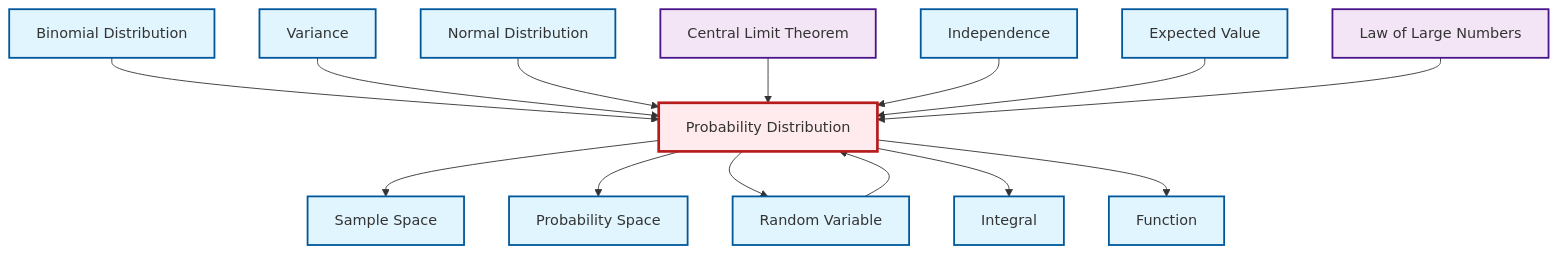
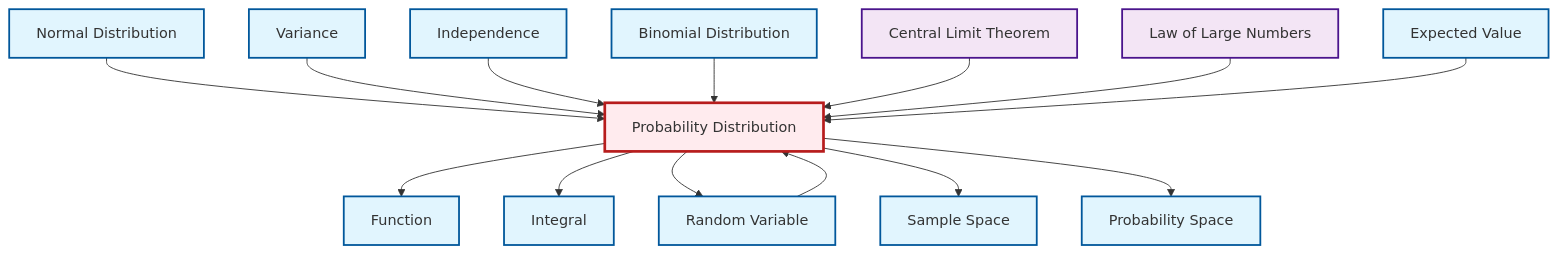
One commit to RK0429/ModernMath changed the diagram in output/mermaid/en/def-probability-distribution.mermaid. Above: the diagram before and after it, drawn with Mermaid. The commit also changed other lines of this file and 1714 other files, not shown here.

```diff
--- a/output/mermaid/en/def-probability-distribution.mermaid
+++ b/output/mermaid/en/def-probability-distribution.mermaid
@@ -1,33 +1,33 @@
 graph TD
     classDef definition fill:#e1f5fe,stroke:#01579b,stroke-width:2px
     classDef theorem fill:#f3e5f5,stroke:#4a148c,stroke-width:2px
     classDef axiom fill:#fff3e0,stroke:#e65100,stroke-width:2px
     classDef example fill:#e8f5e9,stroke:#1b5e20,stroke-width:2px
     classDef current fill:#ffebee,stroke:#b71c1c,stroke-width:3px
+    def-variance["Variance"]:::definition
+    def-integral["Integral"]:::definition
+    thm-central-limit["Central Limit Theorem"]:::theorem
     def-binomial-distribution["Binomial Distribution"]:::definition
-    def-normal-distribution["Normal Distribution"]:::definition
-    def-variance["Variance"]:::definition
-    thm-central-limit["Central Limit Theorem"]:::theorem
-    thm-law-of-large-numbers["Law of Large Numbers"]:::theorem
-    def-expectation["Expected Value"]:::definition
-    def-sample-space["Sample Space"]:::definition
-    def-function["Function"]:::definition
     def-independence["Independence"]:::definition
     def-random-variable["Random Variable"]:::definition
-    def-integral["Integral"]:::definition
+    def-function["Function"]:::definition
+    def-expectation["Expected Value"]:::definition
+    def-probability-space["Probability Space"]:::definition
     def-probability-distribution["Probability Distribution"]:::definition
-    def-probability-space["Probability Space"]:::definition
+    def-normal-distribution["Normal Distribution"]:::definition
+    thm-law-of-large-numbers["Law of Large Numbers"]:::theorem
+    def-sample-space["Sample Space"]:::definition
+    def-probability-distribution --> def-function
+    def-normal-distribution --> def-probability-distribution
+    def-variance --> def-probability-distribution
+    def-independence --> def-probability-distribution
+    def-probability-distribution --> def-integral
+    def-probability-distribution --> def-random-variable
+    def-probability-distribution --> def-sample-space
     def-binomial-distribution --> def-probability-distribution
-    def-probability-distribution --> def-sample-space
+    def-random-variable --> def-probability-distribution
+    thm-central-limit --> def-probability-distribution
+    thm-law-of-large-numbers --> def-probability-distribution
     def-probability-distribution --> def-probability-space
-    def-probability-distribution --> def-random-variable
-    def-variance --> def-probability-distribution
-    def-probability-distribution --> def-integral
-    def-normal-distribution --> def-probability-distribution
-    thm-central-limit --> def-probability-distribution
-    def-independence --> def-probability-distribution
     def-expectation --> def-probability-distribution
-    def-random-variable --> def-probability-distribution
-    def-probability-distribution --> def-function
-    thm-law-of-large-numbers --> def-probability-distribution
     class def-probability-distribution current
```
